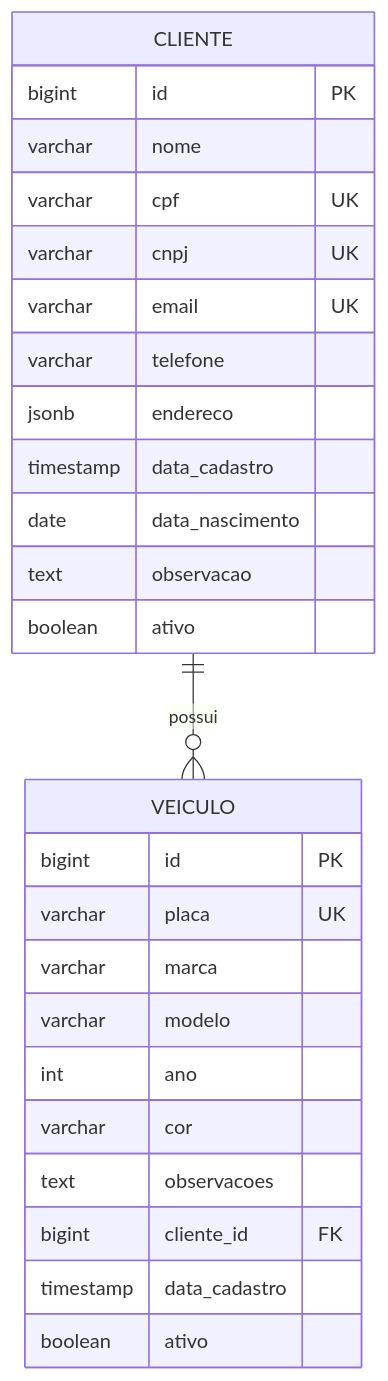
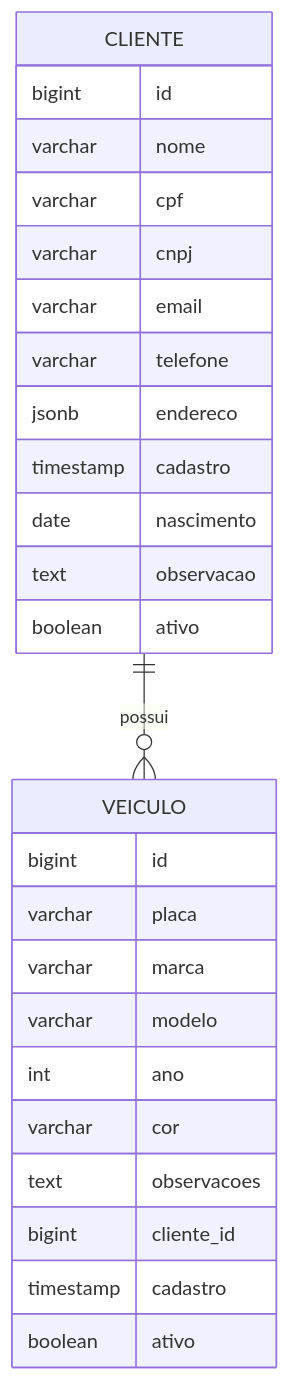
Before and after one commit to fiap-soat-grupo36/infra-database: the third of 8 diagrams in docs/diagramas/er-completo.md, drawn with Mermaid. The commit also changed other lines of this file, not shown here.

Commit message:
fix: diagramas ER compatíveis com GitHub Mermaid

````diff
--- a/docs/diagramas/er-completo.md
+++ b/docs/diagramas/er-completo.md
@@ -194,31 +208,31 @@
 ```mermaid
 erDiagram
     CLIENTE {
-        bigint id PK
+        bigint id
         varchar nome
-        varchar cpf UK
-        varchar cnpj UK
-        varchar email UK
+        varchar cpf
+        varchar cnpj
+        varchar email
         varchar telefone
         jsonb endereco
-        timestamp data_cadastro
-        date data_nascimento
+        timestamp cadastro
+        date nascimento
         text observacao
         boolean ativo
     }
 
     VEICULO {
-        bigint id PK
-        varchar placa UK
+        bigint id
+        varchar placa
         varchar marca
         varchar modelo
         int ano
         varchar cor
         text observacoes
-        bigint cliente_id FK
-        timestamp data_cadastro
+        bigint cliente_id
+        timestamp cadastro
         boolean ativo
     }
 
     CLIENTE ||--o{ VEICULO : possui
 ```
````
